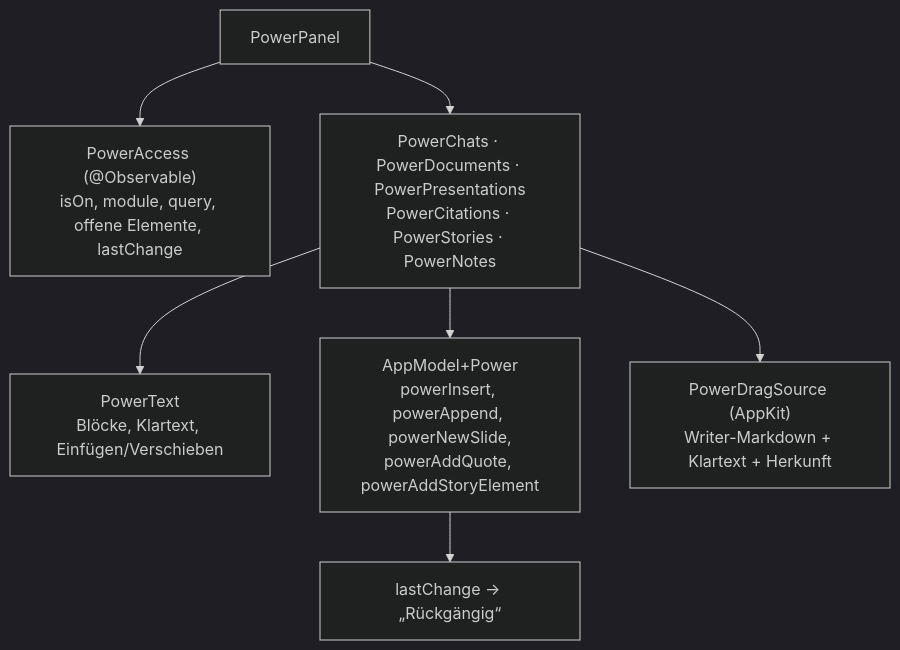
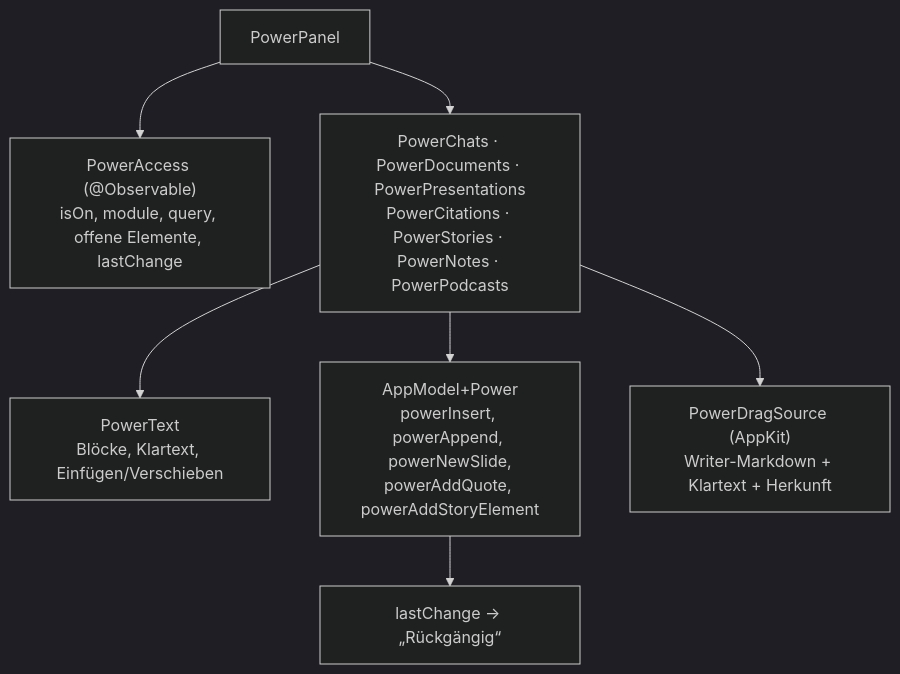
One commit to AlexEhrenberger/LLMDesigner changed the sixth of 8 diagrams in docs/architektur.md. Above: the diagram before and after it, drawn with Mermaid (dark theme). The commit also changed other lines of this file and 40 other files, not shown here.

````diff
--- a/docs/architektur.md
+++ b/docs/architektur.md
@@ -170,10 +173,10 @@
 ```mermaid
 flowchart TB
     PA["PowerAccess (@Observable)<br/>isOn, module, query, offene Elemente, lastChange"]
     PP["PowerPanel"] --> PA
-    PP --> MOD["PowerChats · PowerDocuments · PowerPresentations<br/>PowerCitations · PowerStories · PowerNotes"]
+    PP --> MOD["PowerChats · PowerDocuments · PowerPresentations<br/>PowerCitations · PowerStories · PowerNotes · PowerPodcasts"]
     MOD --> PT["PowerText<br/>Blöcke, Klartext, Einfügen/Verschieben"]
     MOD --> AMP["AppModel+Power<br/>powerInsert, powerAppend, powerNewSlide,<br/>powerAddQuote, powerAddStoryElement"]
     MOD --> DS["PowerDragSource (AppKit)<br/>Writer-Markdown + Klartext + Herkunft"]
     AMP --> UNDO["lastChange → „Rückgängig“"]
 ```
````
